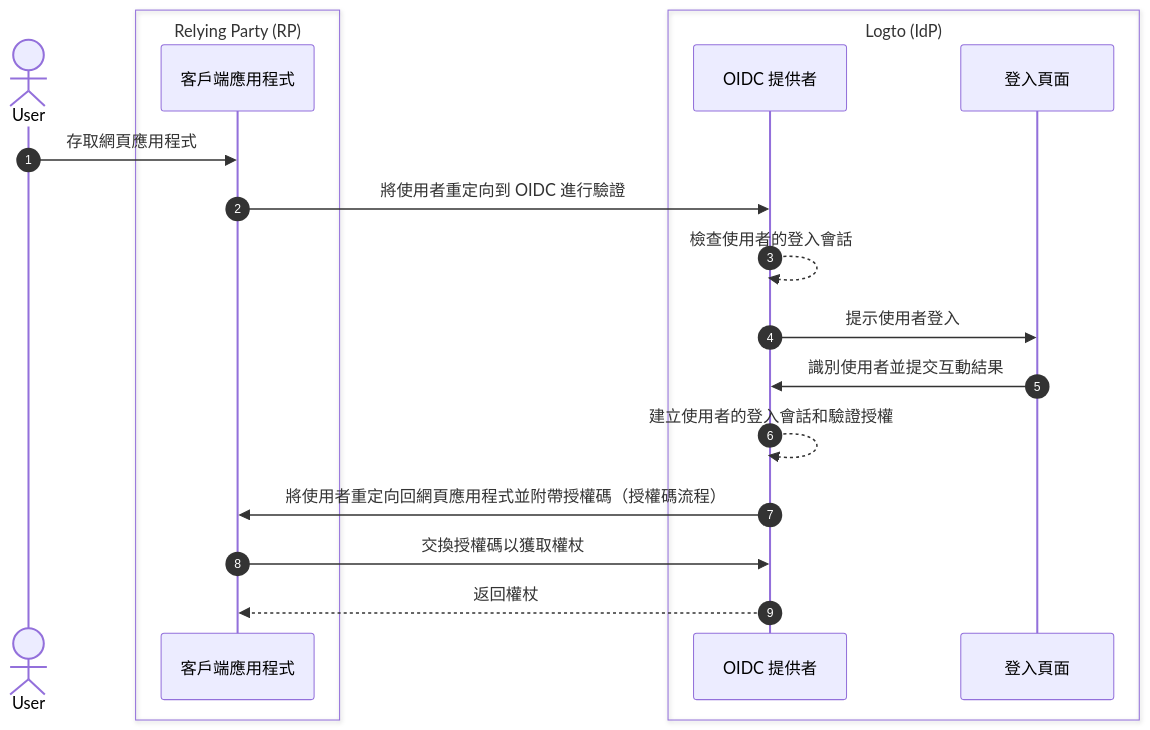
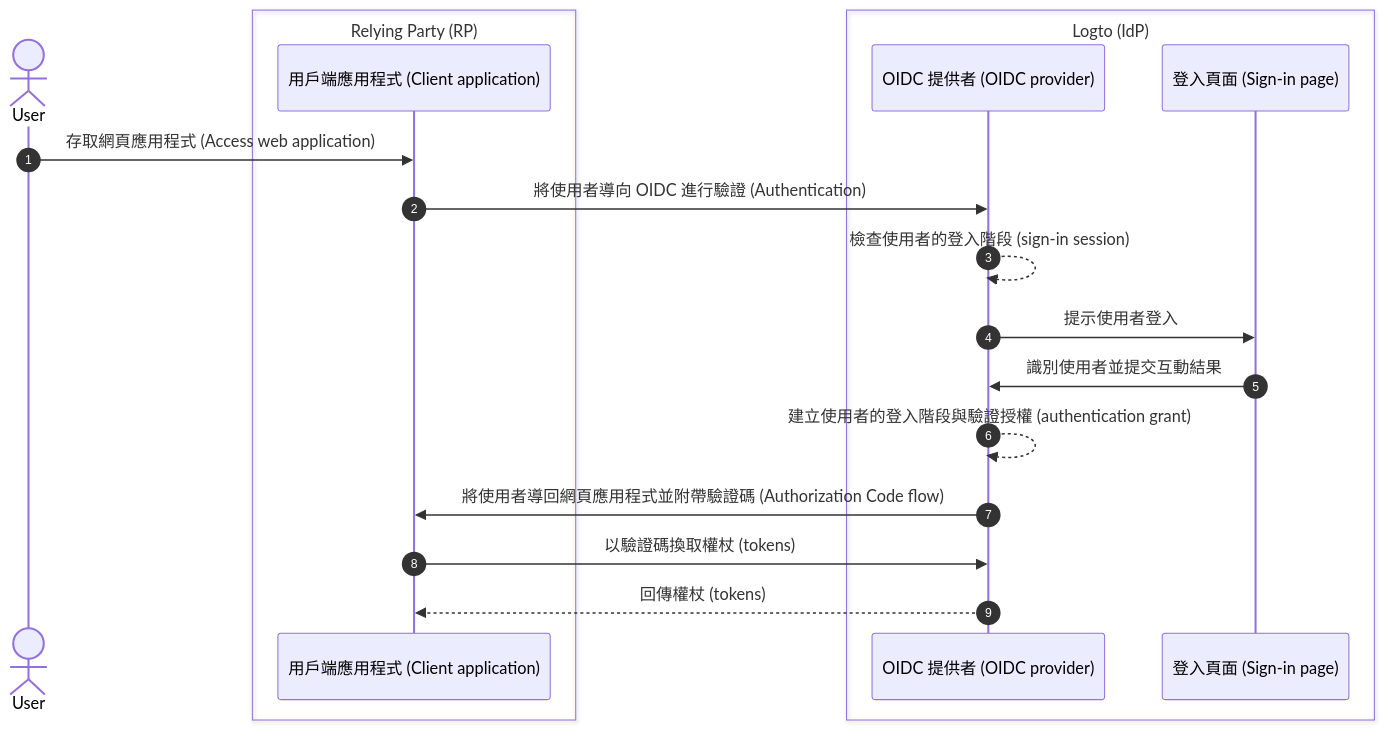
Before and after one commit to logto-io/docs: the first of 3 diagrams in i18n/zh-TW/docusaurus-plugin-content-docs/current/end-user-flows/sign-out.mdx, drawn with Mermaid. The commit also changed other lines of this file and 137 other files, not shown here.

````diff
--- a/i18n/zh-TW/docusaurus-plugin-content-docs/current/end-user-flows/sign-out.mdx
+++ b/i18n/zh-TW/docusaurus-plugin-content-docs/current/end-user-flows/sign-out.mdx
@@ -13,24 +13,24 @@
 ```mermaid
   sequenceDiagram
     autonumber
     actor User
 
     box Relying Party (RP)
-      participant Client as 客戶端應用程式
+      participant Client as 用戶端應用程式 (Client application)
     end
 
     box Logto (IdP)
-      participant OIDC as OIDC 提供者
-      participant SignIn as 登入頁面
+      participant OIDC as OIDC 提供者 (OIDC provider)
+      participant SignIn as 登入頁面 (Sign-in page)
     end
 
-    User ->> Client: 存取網頁應用程式
-    Client ->> OIDC: 將使用者重定向到 OIDC 進行驗證
-    OIDC -->> OIDC: 檢查使用者的登入會話
+    User ->> Client: 存取網頁應用程式 (Access web application)
+    Client ->> OIDC: 將使用者導向 OIDC 進行驗證 (Authentication)
+    OIDC -->> OIDC: 檢查使用者的登入階段 (sign-in session)
     OIDC ->> SignIn: 提示使用者登入
     SignIn ->> OIDC: 識別使用者並提交互動結果
-    OIDC -->> OIDC: 建立使用者的登入會話和驗證授權
-    OIDC ->> Client: 將使用者重定向回網頁應用程式並附帶授權碼（授權碼流程）
-    Client ->> OIDC: 交換授權碼以獲取權杖
-    OIDC -->> Client: 返回權杖
+    OIDC -->> OIDC: 建立使用者的登入階段與驗證授權 (authentication grant)
+    OIDC ->> Client: 將使用者導回網頁應用程式並附帶驗證碼 (Authorization Code flow)
+    Client ->> OIDC: 以驗證碼換取權杖 (tokens)
+    OIDC -->> Client: 回傳權杖 (tokens)
 ```
````
